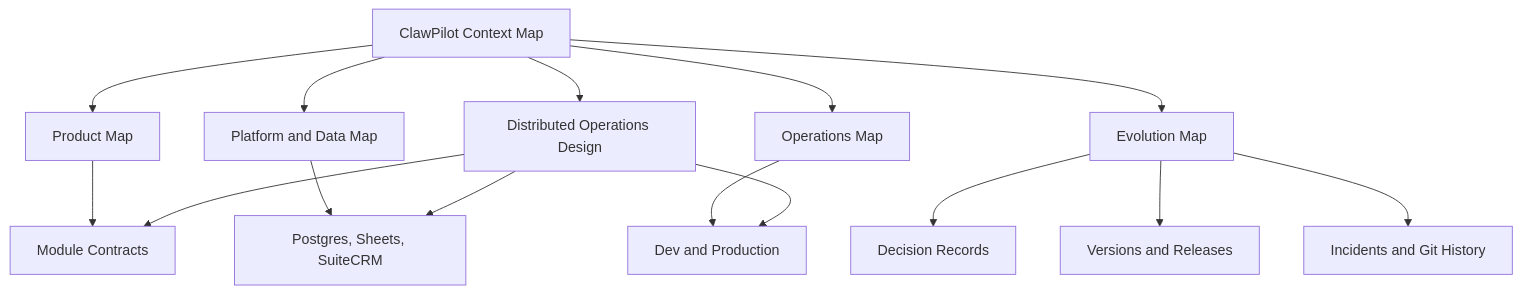
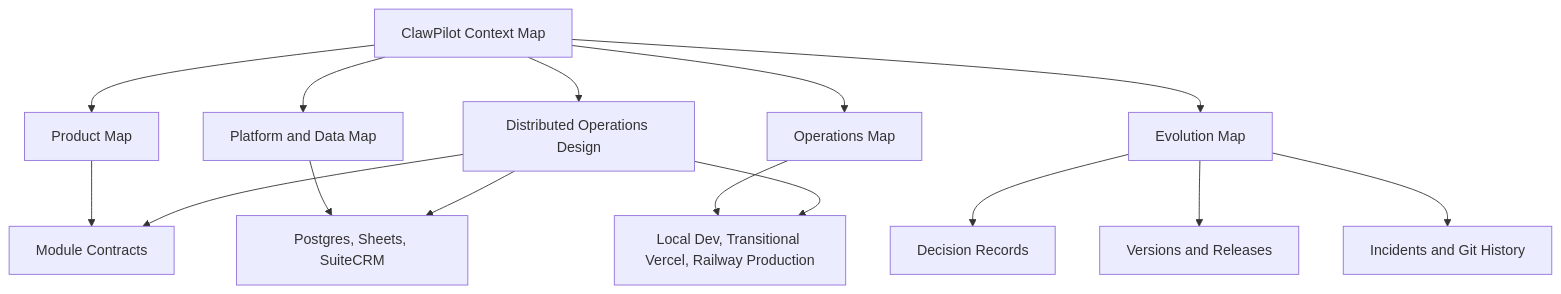
One commit to jarrettcrosby/clawpilot changed the diagram in docs/maps/context-map.md. Above: the diagram before and after it, drawn with Mermaid. The commit also changed 246 other files, not shown here.

Commit message:
Harden production cutover and provider credential runtime

````diff
--- a/docs/maps/context-map.md
+++ b/docs/maps/context-map.md
@@ -27,17 +27,17 @@
 ```mermaid
 flowchart TD
   Context[ClawPilot Context Map] --> Product[Product Map]
   Context --> Platform[Platform and Data Map]
   Context --> Operations[Operations Map]
   Context --> Evolution[Evolution Map]
   Context --> Distributed[Distributed Operations Design]
   Product --> Modules[Module Contracts]
   Platform --> Data[Postgres, Sheets, SuiteCRM]
-  Operations --> Runtime[Dev and Production]
+  Operations --> Runtime[Local Dev, Transitional Vercel, Railway Production]
   Evolution --> Decisions[Decision Records]
   Evolution --> Releases[Versions and Releases]
   Evolution --> Evidence[Incidents and Git History]
   Distributed --> Modules
   Distributed --> Data
   Distributed --> Runtime
 ```
````
